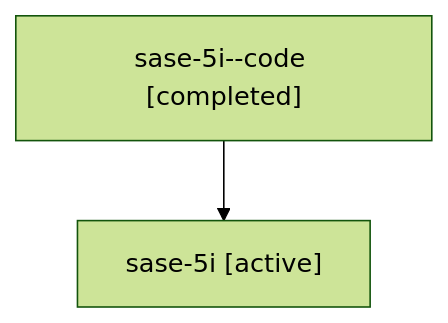
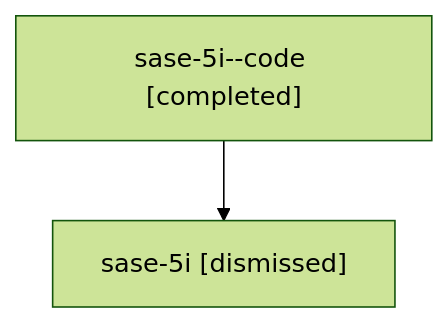
One commit to sase-org/sase--agents changed the diagram in sessions/bbugyi200.athena.sase-5i.md. Above: the diagram before and after it, drawn with Mermaid (forest theme). The commit also changed other lines of this file and 43 other files, not shown here.

````diff
--- a/sessions/bbugyi200.athena.sase-5i.md
+++ b/sessions/bbugyi200.athena.sase-5i.md
@@ -9,6 +9,6 @@
 ```mermaid
 flowchart TD
   n0["sase-5i--code [completed]"]
-  n1["sase-5i [active]"]
+  n1["sase-5i [dismissed]"]
   n0 --> n1
 ```
````
